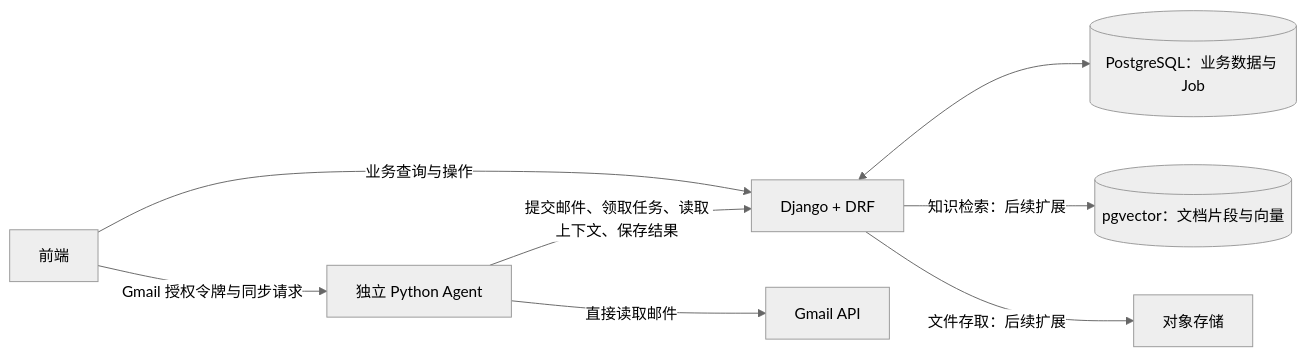
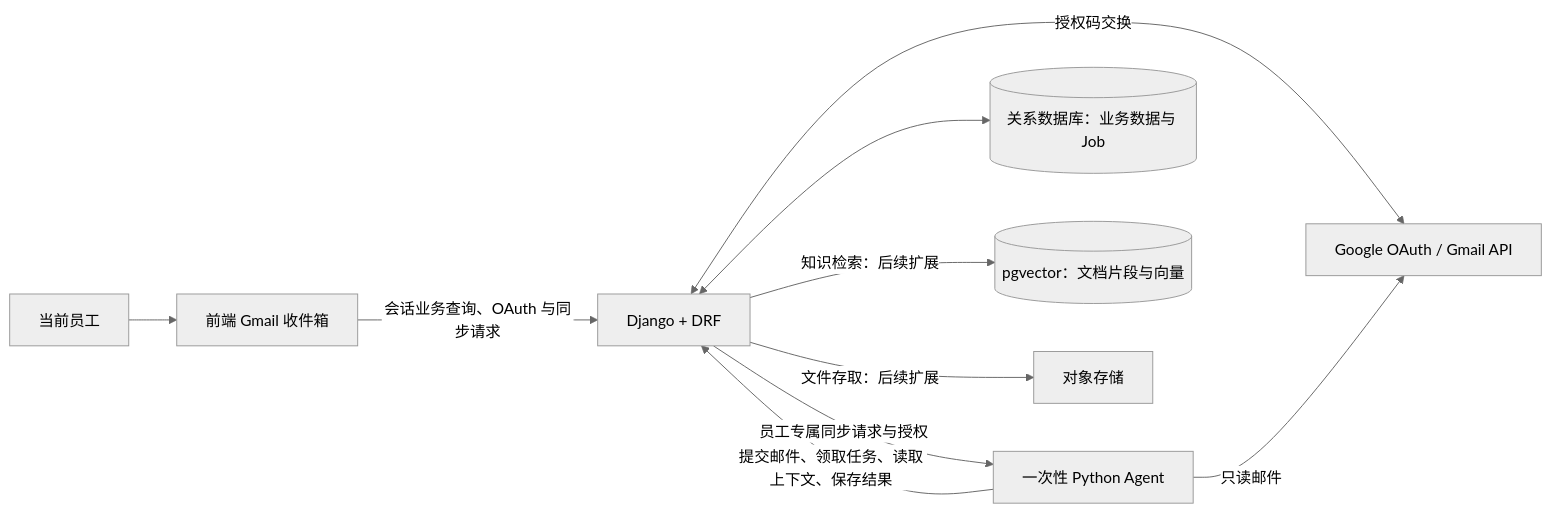
One commit to heropig114514/SalesMate changed the diagram in docs/architecture-and-tech-stack.md. Above: the diagram before and after it, drawn with Mermaid (neutral theme). The commit also changed other lines of this file and 62 other files, not shown here.

Commit message:
feat: integrate Gmail agent pipeline with CRM backend

````diff
--- a/docs/architecture-and-tech-stack.md
+++ b/docs/architecture-and-tech-stack.md
@@ -17,10 +17,12 @@
 ```mermaid
 flowchart LR
-    F[前端] -->|业务查询与操作| B[Django + DRF]
-    F -->|Gmail 授权令牌与同步请求| A[独立 Python Agent]
-    A -->|直接读取邮件| G[Gmail API]
+    U[当前员工] --> F[前端 Gmail 收件箱]
+    F -->|会话业务查询、OAuth 与同步请求| B[Django + DRF]
+    B <-->|授权码交换| G[Google OAuth / Gmail API]
+    B -->|员工专属同步请求与授权| A[一次性 Python Agent]
+    A -->|只读邮件| G
     A -->|提交邮件、领取任务、读取上下文、保存结果| B
-    B <--> D[(PostgreSQL：业务数据与 Job)]
+    B <--> D[(关系数据库：业务数据与 Job)]
     B -->|知识检索：后续扩展| V[(pgvector：文档片段与向量)]
     B -->|文件存取：后续扩展| S[对象存储]
 ```
````
